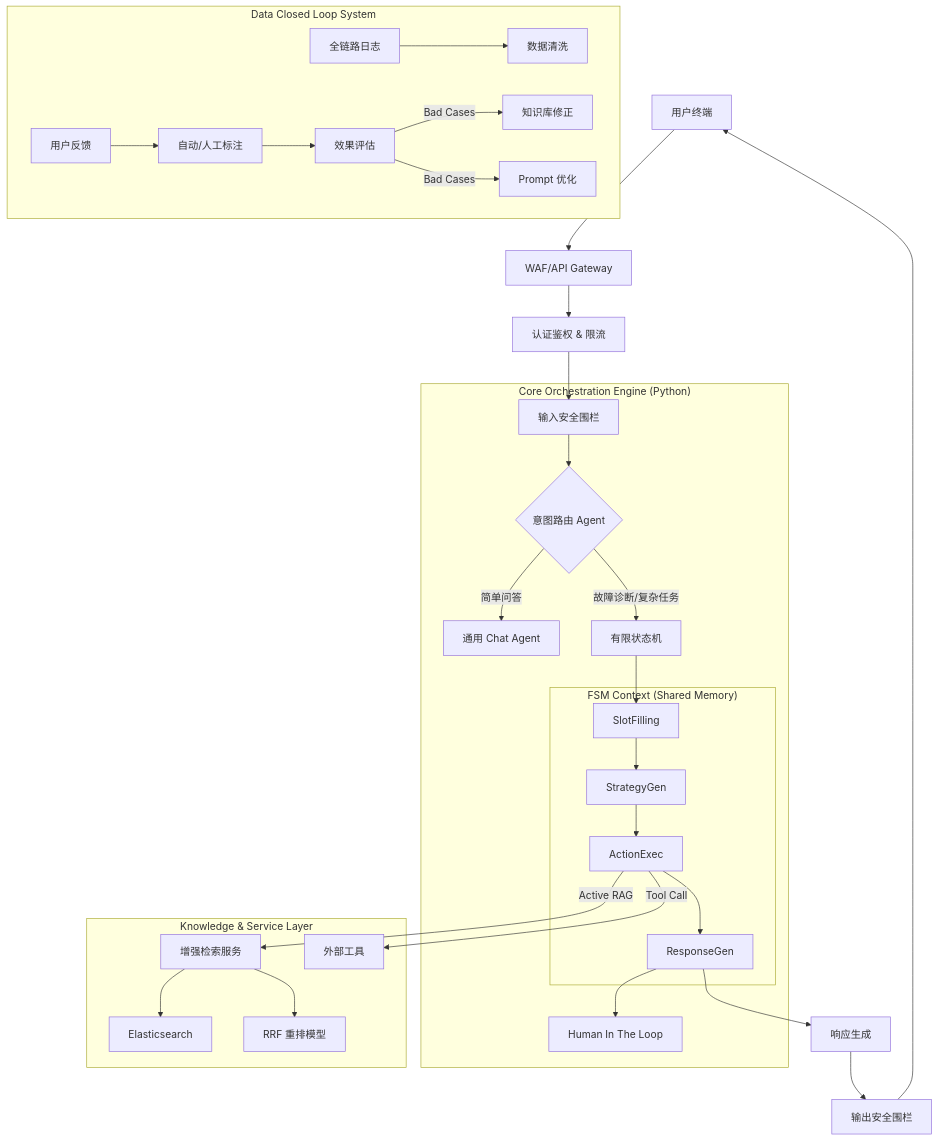
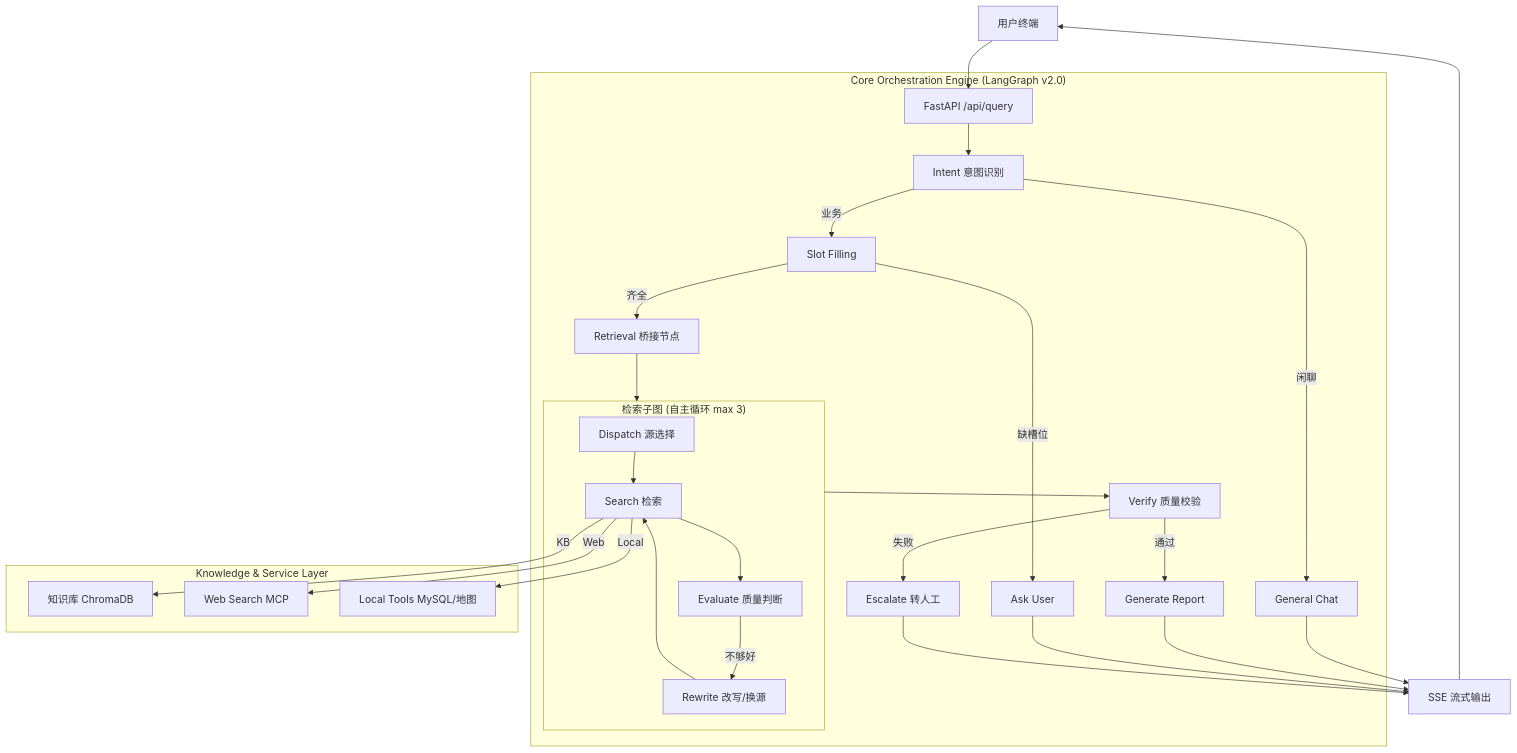
Before and after one commit to deyongTang/its_multi_agent: the diagram in backend/app/docs/architecture/detailed-design.md, drawn with Mermaid. The commit also changed other lines of this file and 40 other files, not shown here.

````diff
--- a/backend/app/docs/architecture/detailed-design.md
+++ b/backend/app/docs/architecture/detailed-design.md
@@ -33,47 +34,43 @@
 ```mermaid
 graph TD
-    User[用户终端] --> WAF[WAF/API Gateway]
-    WAF --> Auth[认证鉴权 & 限流]
-    Auth --> Guard_In[输入安全围栏]
+    User[用户终端] --> API[FastAPI /api/query]
 
-    subgraph Core["Core Orchestration Engine (Python)"]
-        Guard_In --> Router{意图路由 Agent}
+    subgraph Core["Core Orchestration Engine (LangGraph v2.0)"]
+        API --> Intent[Intent 意图识别]
 
-        Router -->|简单问答| Chat[通用 Chat Agent]
-        Router -->|故障诊断/复杂任务| FSM[有限状态机]
+        Intent -->|闲聊| Chat[General Chat]
+        Intent -->|业务| SlotFilling[Slot Filling]
 
-        subgraph FSMContext["FSM Context (Shared Memory)"]
-            State1[SlotFilling] --> State2[StrategyGen]
-            State2 --> State3[ActionExec]
-            State3 --> State4[ResponseGen]
+        SlotFilling -->|缺槽位| AskUser[Ask User]
+        SlotFilling -->|齐全| Retrieval[Retrieval 桥接节点]
+
+        subgraph SubGraph["检索子图 (自主循环 max 3)"]
+            Dispatch[Dispatch 源选择] --> Search[Search 检索]
+            Search --> Evaluate[Evaluate 质量判断]
+            Evaluate -->|不够好| Rewrite[Rewrite 改写/换源]
+            Rewrite --> Search
         end
 
-        FSM --> State1
-        State4 --> HITL[Human In The Loop]
+        Retrieval --> SubGraph
+        SubGraph --> Verify[Verify 质量校验]
+
+        Verify -->|通过| Report[Generate Report]
+        Verify -->|失败| Escalate[Escalate 转人工]
     end
 
     subgraph Knowledge["Knowledge & Service Layer"]
-        SearchAPI[增强检索服务]
-        ES[Elasticsearch]
-        Rerank[RRF 重排模型]
-        Tools[外部工具]
-
-        SearchAPI --> ES
-        SearchAPI --> Rerank
+        KB[知识库 ChromaDB]
+        Web[Web Search MCP]
+        Tools[Local Tools MySQL/地图]
     end
 
-    State3 -->|Active RAG| SearchAPI
-    State3 -->|Tool Call| Tools
+    Search -->|KB| KB
+    Search -->|Web| Web
+    Search -->|Local| Tools
 
-    subgraph DataLoop["Data Closed Loop System"]
-        Log[全链路日志] --> ETL[数据清洗]
-        Feedback[用户反馈] --> Label[自动/人工标注]
-        Label --> Eval[效果评估]
-        Eval -->|Bad Cases| KB_Update[知识库修正]
-        Eval -->|Bad Cases| Prompt_Opt[Prompt 优化]
-    end
-
-    State4 --> Response[响应生成]
-    Response --> Guard_Out[输出安全围栏]
-    Guard_Out --> User
+    Chat --> SSE[SSE 流式输出]
+    Report --> SSE
+    AskUser --> SSE
+    Escalate --> SSE
+    SSE --> User
 ```
````
